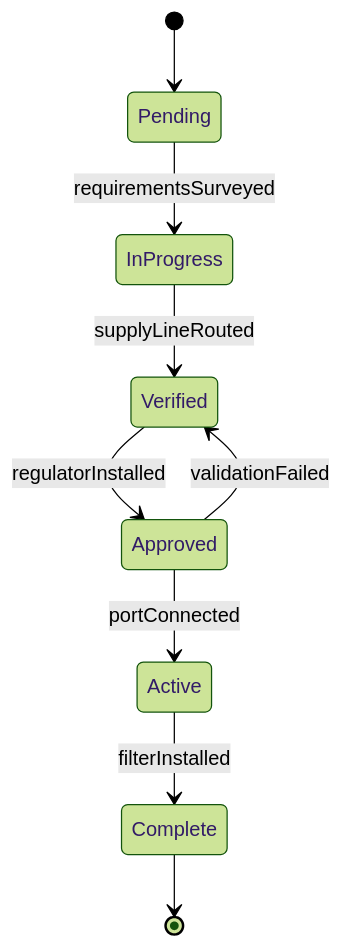
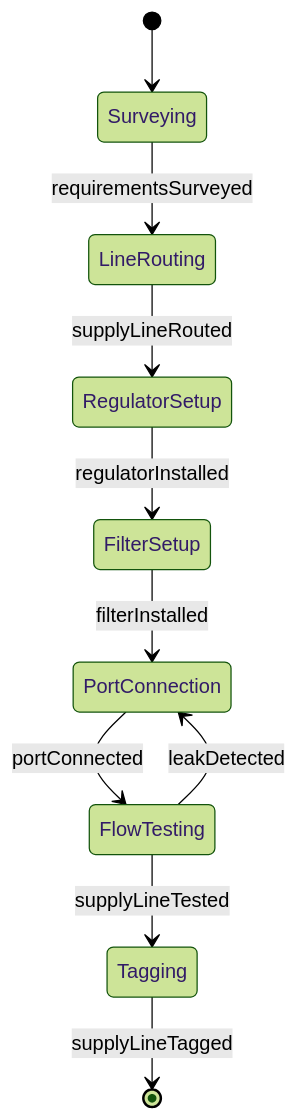
The second of 4 diagrams in HandlingAndMovingObjects/ConnectComponentsOrSupplyLinesToEquipmentOrTools/ConnectSupplyLinesProductionEquipment.mdx (dot-org-ai/tasks.org.ai), drawn with Mermaid (forest theme) before and after one commit. The commit also changed other lines of this file and 515 other files, not shown here.

````diff
--- a/HandlingAndMovingObjects/ConnectComponentsOrSupplyLinesToEquipmentOrTools/ConnectSupplyLinesProductionEquipment.mdx
+++ b/HandlingAndMovingObjects/ConnectComponentsOrSupplyLinesToEquipmentOrTools/ConnectSupplyLinesProductionEquipment.mdx
@@ -98,11 +99,12 @@
 ```mermaid
 stateDiagram-v2
-    [*] --> Pending
-    Pending --> InProgress : requirementsSurveyed
-    InProgress --> Verified : supplyLineRouted
-    Verified --> Approved : regulatorInstalled
-    Approved --> Active : portConnected
-    Active --> Complete : filterInstalled
-    Approved --> Verified : validationFailed
-    Complete --> [*]
+    [*] --> Surveying
+    Surveying --> LineRouting : requirementsSurveyed
+    LineRouting --> RegulatorSetup : supplyLineRouted
+    RegulatorSetup --> FilterSetup : regulatorInstalled
+    FilterSetup --> PortConnection : filterInstalled
+    PortConnection --> FlowTesting : portConnected
+    FlowTesting --> Tagging : supplyLineTested
+    Tagging --> [*] : supplyLineTagged
+    FlowTesting --> PortConnection : leakDetected
 ```
````
